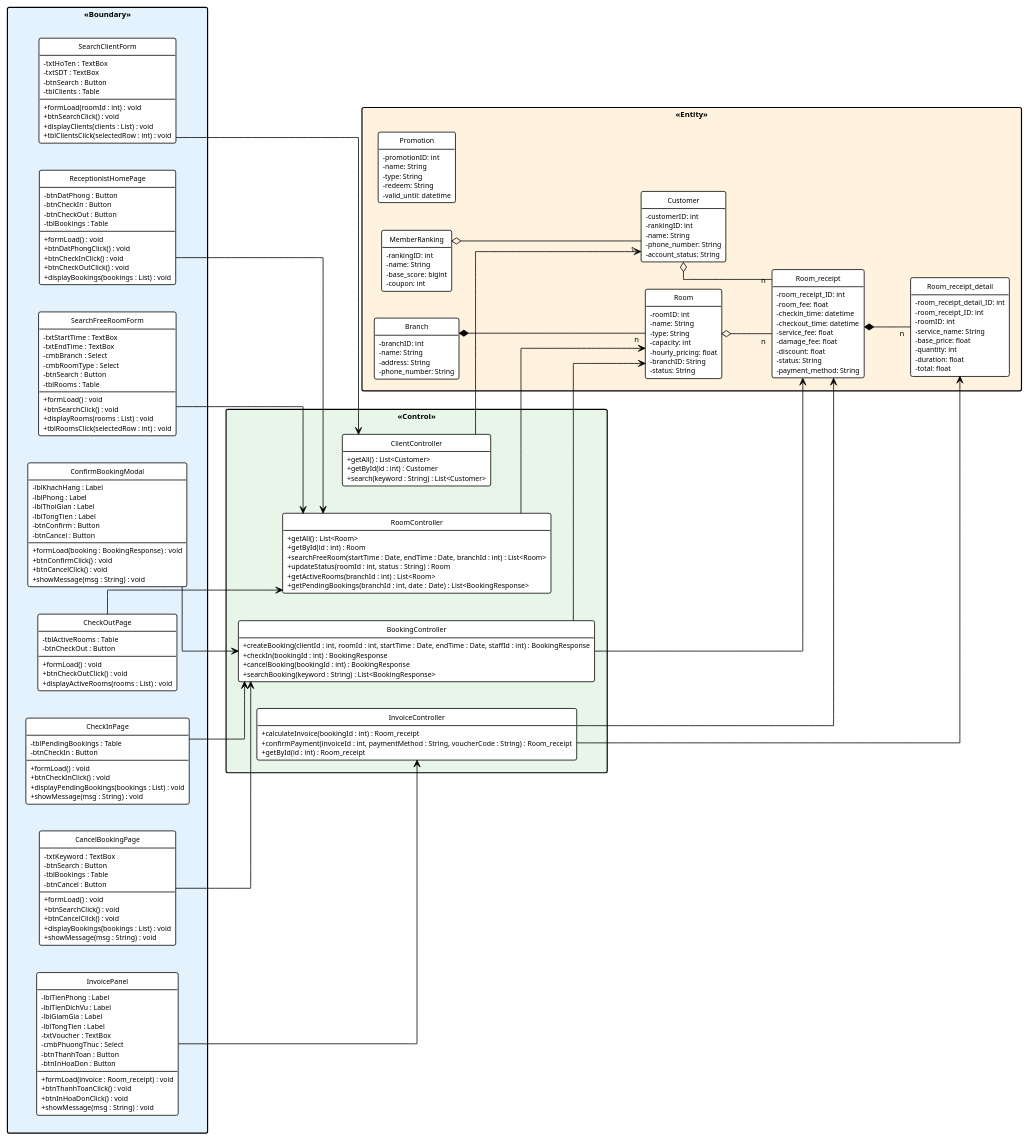
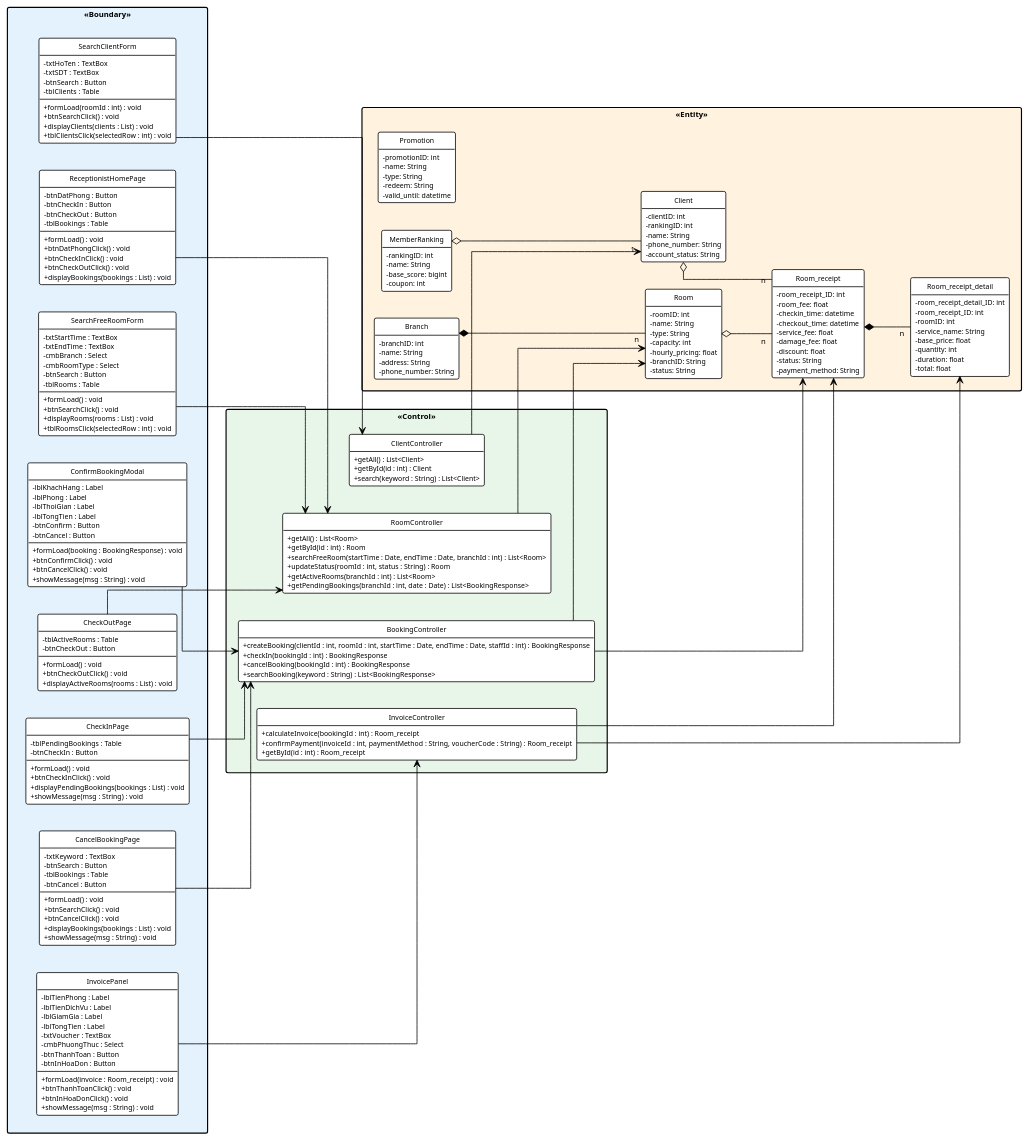
The diagram in docs/tabs/section-booking-iii.3.2.md (thanhtrnnn/cnpm), drawn with PlantUML before and after one commit. The commit also changed other lines of this file and 16 other files, not shown here.

````diff
--- a/docs/tabs/section-booking-iii.3.2.md
+++ b/docs/tabs/section-booking-iii.3.2.md
@@ -307,9 +307,9 @@
     +getPendingBookings(branchId : int, date : Date) : List<BookingResponse>
   }
   class ClientController {
-    +getAll() : List<Customer>
-    +getById(id : int) : Customer
-    +search(keyword : String) : List<Customer>
+    +getAll() : List<Client>
+    +getById(id : int) : Client
+    +search(keyword : String) : List<Client>
   }
   class BookingController {
     +createBooking(clientId : int, roomId : int, startTime : Date, endTime : Date, staffId : int) : BookingResponse
@@ -334,8 +334,8 @@
     -branchID: String
     -status: String
   }
-  class Customer {
-    -customerID: int
+  class Client {
+    -clientID: int
     -rankingID: int
     -name: String
     -phone_number: String
@@ -395,7 +395,7 @@
 
 ' Control -> Entity
 RoomController --> Room
-ClientController --> Customer
+ClientController --> Client
 BookingController --> Room_receipt
 BookingController --> Room
 InvoiceController --> Room_receipt
@@ -403,9 +403,9 @@
 
 ' Entity relationships
 Branch *-- "n" Room
-MemberRanking o-- "1" Customer
+MemberRanking o-- "1" Client
 Room_receipt *-- "n" Room_receipt_detail
-Customer o-- "n" Room_receipt
+Client o-- "n" Room_receipt
 Room o-- "n" Room_receipt
 @enduml
 ```
````
